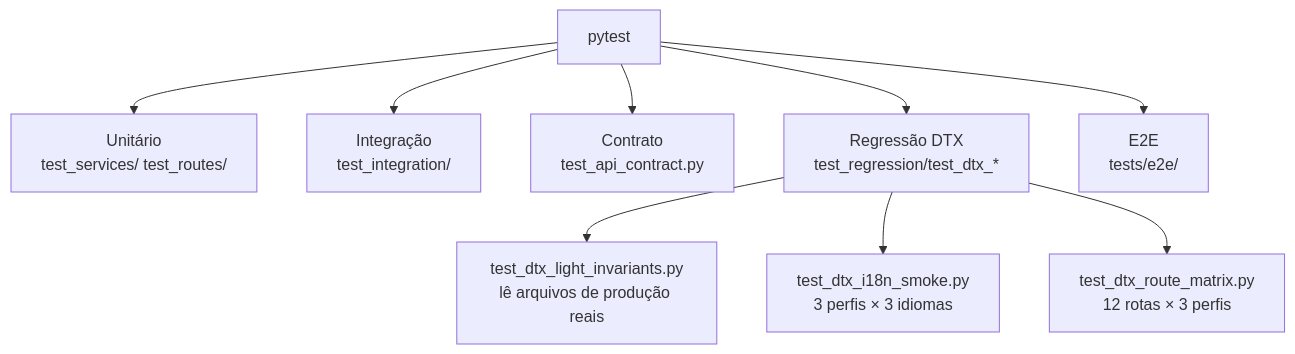
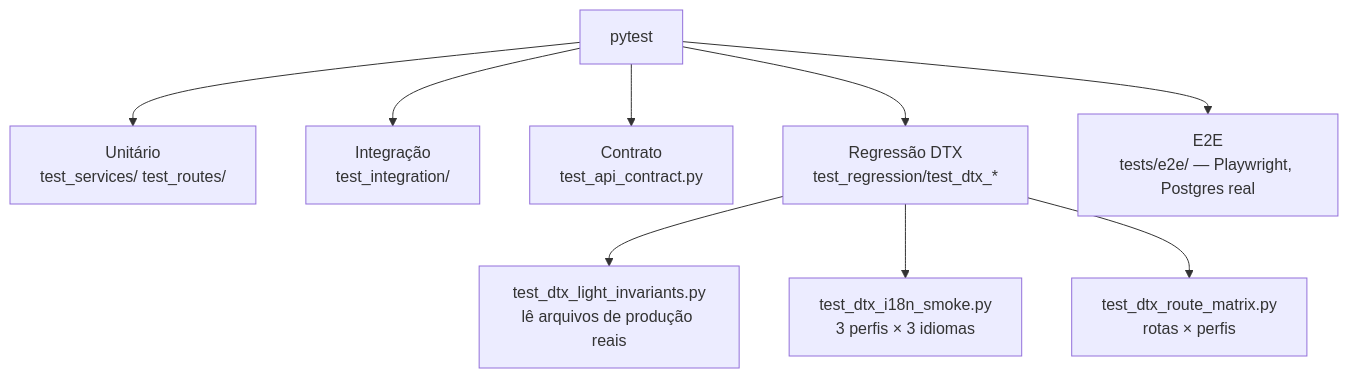
The tenth of 10 diagrams in docs/ARQUITETURA.md (matheusth16/sistema-chamados-dtx), drawn with Mermaid before and after one commit. The commit also changed other lines of this file, not shown here.

````diff
--- a/docs/ARQUITETURA.md
+++ b/docs/ARQUITETURA.md
@@ -815,12 +933,12 @@
 ```mermaid
 graph TD
     A[pytest] --> B[Unitário<br/>test_services/ test_routes/]
     A --> C[Integração<br/>test_integration/]
     A --> D[Contrato<br/>test_api_contract.py]
     A --> E[Regressão DTX<br/>test_regression/test_dtx_*]
-    A --> F[E2E<br/>tests/e2e/]
+    A --> F[E2E<br/>tests/e2e/ — Playwright, Postgres real]
 
     E --> E1[test_dtx_light_invariants.py<br/>lê arquivos de produção reais]
     E --> E2[test_dtx_i18n_smoke.py<br/>3 perfis × 3 idiomas]
-    E --> E3[test_dtx_route_matrix.py<br/>12 rotas × 3 perfis]
+    E --> E3[test_dtx_route_matrix.py<br/>rotas × perfis]
 ```
````
